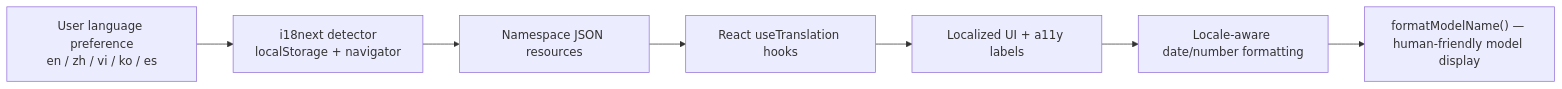
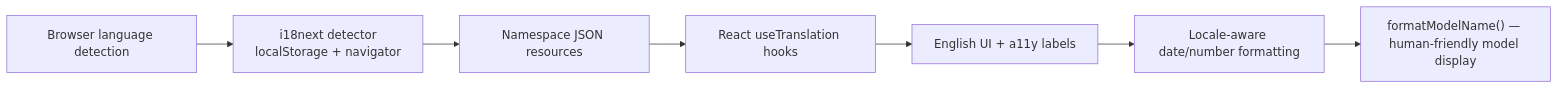
Before and after one commit to buluma/Code-Agent-Monitor: the eighth of 14 diagrams in docs/README.md, drawn with Mermaid. The commit also changed other lines of this file and 71 other files, not shown here.

````diff
--- a/docs/README.md
+++ b/docs/README.md
@@ -241,9 +248,9 @@
 ```mermaid
 flowchart LR
-    A["User language preference<br/>en / zh / vi / ko / es"] --> B["i18next detector<br/>localStorage + navigator"]
+    A["Browser language detection"] --> B["i18next detector<br/>localStorage + navigator"]
     B --> C["Namespace JSON resources"]
     C --> D["React useTranslation hooks"]
-    D --> E["Localized UI + a11y labels"]
+    D --> E["English UI + a11y labels"]
     E --> F["Locale-aware date/number formatting"]
     F --> G["formatModelName() — human-friendly model display"]
 ```
````
